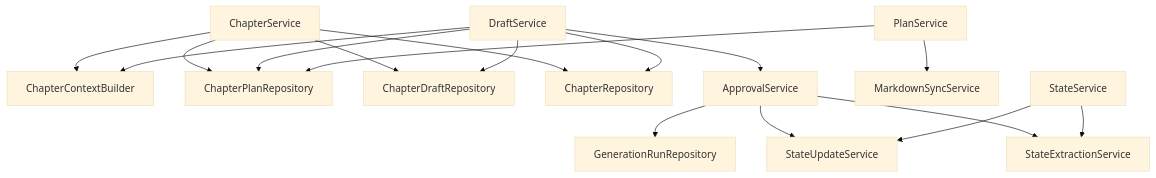
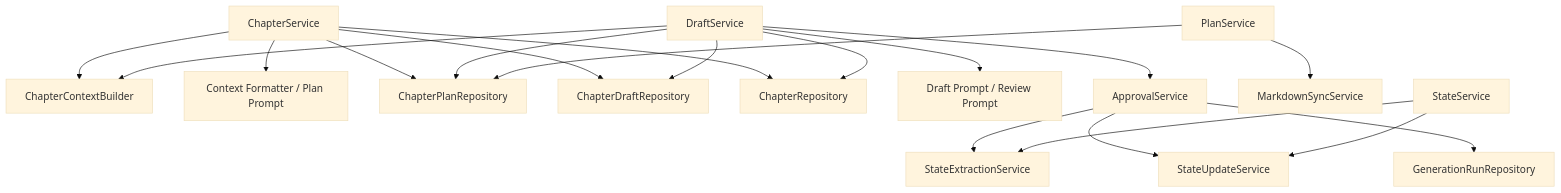
One commit to housirvip/hai-novel changed the second of 7 diagrams in docs/architecture-state-flow.md. Above: the diagram before and after it, drawn with Mermaid (base theme). The commit also changed other lines of this file, not shown here.

First line of the commit message:
docs(architecture): 更新架构文档以包含AI输入流程和状态管理细节

````diff
--- a/docs/architecture-state-flow.md
+++ b/docs/architecture-state-flow.md
@@ -102,23 +103,25 @@
 ```mermaid
 flowchart TD
   CS["ChapterService"] --> CCB["ChapterContextBuilder"]
+  CS --> CFP["Context Formatter / Plan Prompt"]
   CS --> CPR["ChapterPlanRepository"]
   CS --> CDR["ChapterDraftRepository"]
   CS --> CR["ChapterRepository"]
 
   DS["DraftService"] --> CCB
+  DS --> DWP["Draft Prompt / Review Prompt"]
   DS --> CDR
   DS --> CPR
   DS --> CR
   DS --> AS["ApprovalService"]
 
   AS --> SES["StateExtractionService"]
   AS --> SUS["StateUpdateService"]
   AS --> GR["GenerationRunRepository"]
 
   PS["PlanService"] --> CPR
   PS --> MSS["MarkdownSyncService"]
 
   SS["StateService"] --> SES
   SS --> SUS
 ```
````
